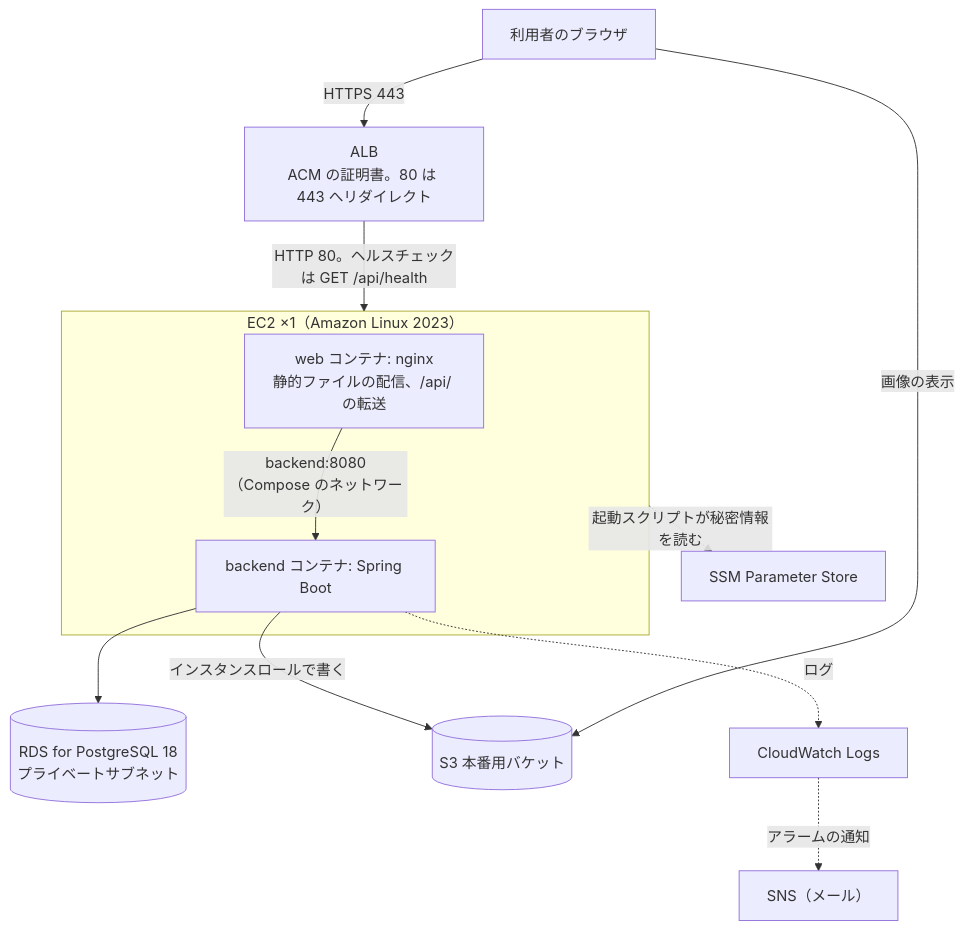
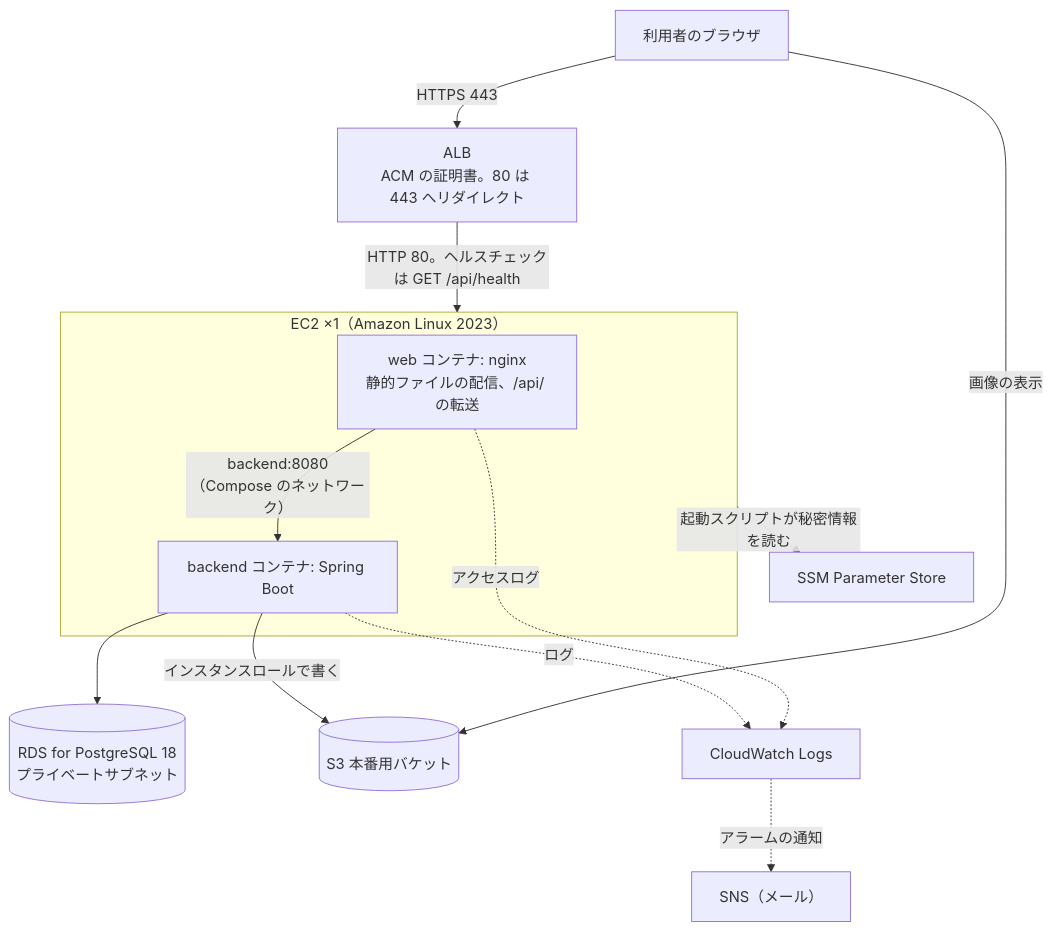
One commit to tk-media-code/raise-timeline changed the second of 2 diagrams in docs/architecture.md. Above: the diagram before and after it, drawn with Mermaid. The commit also changed 5 other files, not shown here.

````diff
--- a/docs/architecture.md
+++ b/docs/architecture.md
@@ -65,14 +65,15 @@
 ```mermaid
 flowchart TB
     U[利用者のブラウザ] -->|"HTTPS 443"| ALB["ALB<br/>ACM の証明書。80 は 443 へリダイレクト"]
     ALB -->|"HTTP 80。ヘルスチェックは GET /api/health"| EC2
     subgraph EC2 ["EC2 ×1（Amazon Linux 2023）"]
         N["web コンテナ: nginx<br/>静的ファイルの配信、/api/ の転送"] -->|"backend:8080（Compose のネットワーク）"| A["backend コンテナ: Spring Boot"]
     end
     A --> RDS[("RDS for PostgreSQL 18<br/>プライベートサブネット")]
     A -->|"インスタンスロールで書く"| S3[("S3 本番用バケット")]
     U -->|"画像の表示"| S3
     EC2 -.->|"起動スクリプトが秘密情報を読む"| SSM["SSM Parameter Store"]
     A -.->|"ログ"| CW["CloudWatch Logs"]
+    N -.->|"アクセスログ"| CW
     CW -.->|"アラームの通知"| SNS["SNS（メール）"]
 ```
````
